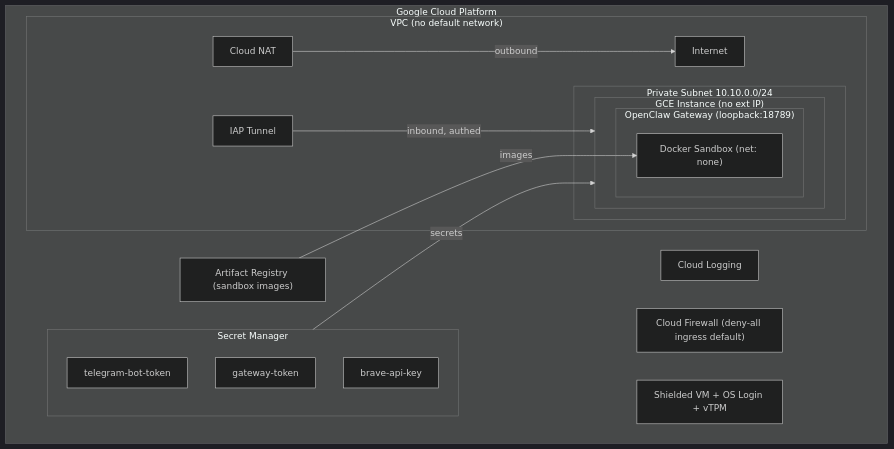
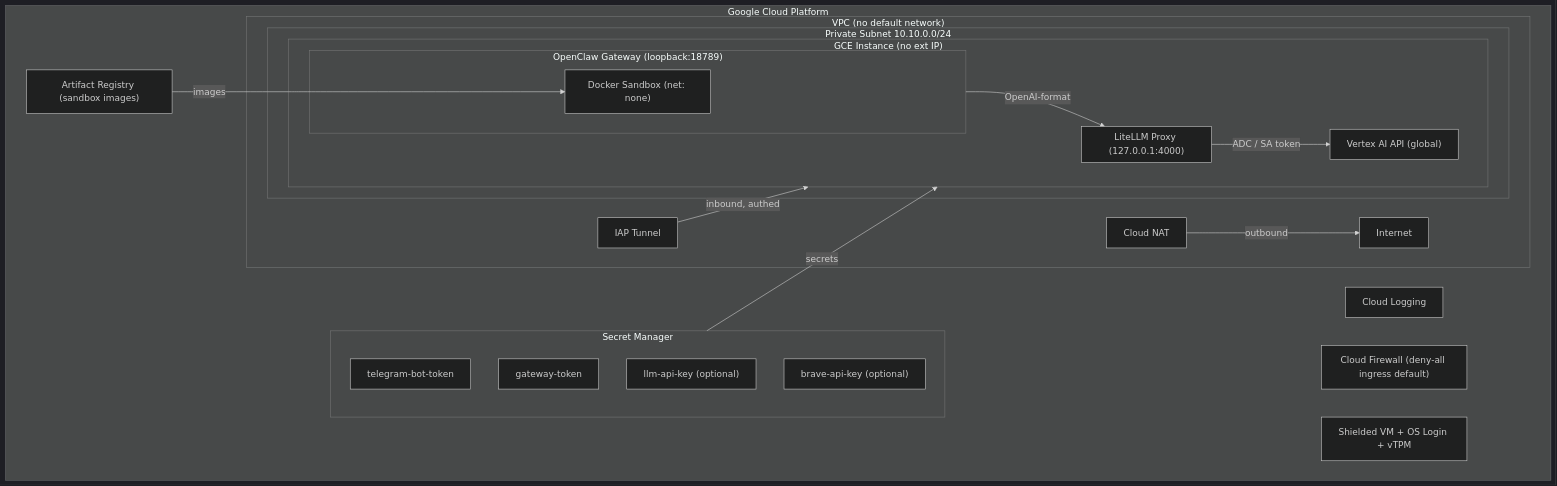
The first of 2 diagrams in openclaw-secure-configuration-guide.md (grcn-oce/openclaw-gcp-ctd), drawn with Mermaid (dark theme) before and after one commit. The commit also changed other lines of this file and 1 other file, not shown here.

Commit message:
Updated to use LiteLLM and GCE Service Account for authentication

````diff
--- a/openclaw-secure-configuration-guide.md
+++ b/openclaw-secure-configuration-guide.md
@@ -39,30 +40,35 @@
 ```mermaid
 graph TD
     subgraph GCP["Google Cloud Platform"]
         subgraph SM["Secret Manager"]
             S1["telegram-bot-token"]
             S2["gateway-token"]
-            S3["brave-api-key"]
+            S3["llm-api-key (optional)"]
+            S4["brave-api-key (optional)"]
         end
 
         subgraph VPC["VPC (no default network)"]
             subgraph Subnet["Private Subnet 10.10.0.0/24"]
                 subgraph GCE["GCE Instance (no ext IP)"]
                     subgraph OC["OpenClaw Gateway (loopback:18789)"]
                         Sandbox["Docker Sandbox (net: none)"]
                     end
+                    subgraph LLP["LiteLLM Proxy (127.0.0.1:4000)"]
+                    end
+                    OC -->|OpenAI-format| LLP
+                    LLP -->|ADC / SA token| VertexAI["Vertex AI API (global)"]
                 end
             end
             NAT["Cloud NAT"] -->|outbound| Internet["Internet"]
             IAP["IAP Tunnel"] -->|inbound, authed| GCE
         end
 
         AR["Artifact Registry (sandbox images)"]
         CL["Cloud Logging"]
         FW["Cloud Firewall (deny-all ingress default)"]
         SVM["Shielded VM + OS Login + vTPM"]
 
         SM -->|secrets| GCE
         AR -->|images| Sandbox
     end
 ```
````
